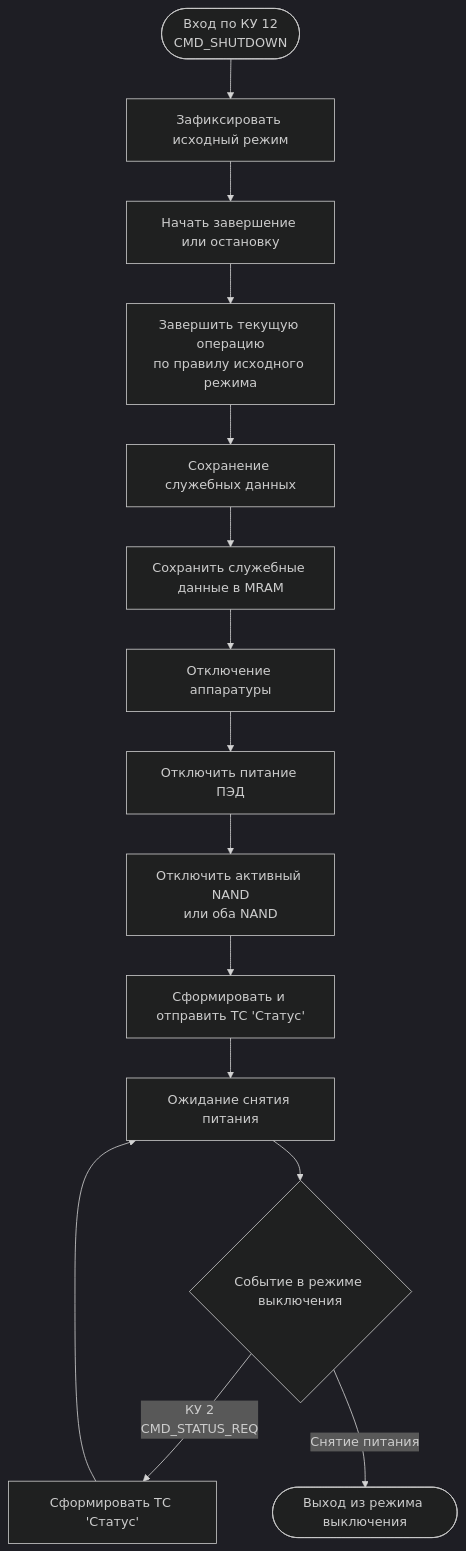
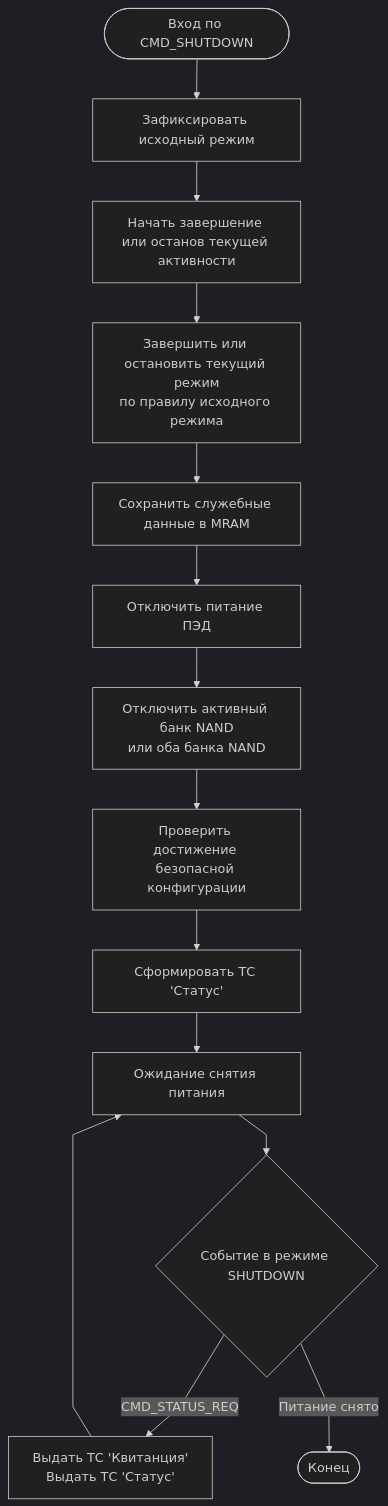
Before and after one commit to VaheVahanyan/NATALIA_Algorithm: the diagram in diagrams/shutdown_mode.mmd, drawn with Mermaid (dark theme). The commit also changed 20 other files, not shown here.

```diff
--- a/diagrams/shutdown_mode.mmd
+++ b/diagrams/shutdown_mode.mmd
@@ -1,18 +1,18 @@
+%%{init: {'flowchart': {'curve': 'linear'}}}%%
 flowchart TD
-    A([Вход по КУ 12<br/>CMD_SHUTDOWN]) --> B[Зафиксировать исходный режим]
-    B --> C[Начать завершение или остановку]
-    C --> D["Завершить текущую операцию<br/>по правилу исходного режима"]
-    D --> E[Сохранение служебных данных]
-    E --> F["Сохранить служебные данные в MRAM"]
-    F --> G[Отключение аппаратуры]
-    G --> H[Отключить питание ПЭД]
-    H --> I["Отключить активный NAND<br/>или оба NAND"]
-    I --> J["Сформировать и отправить ТС 'Статус'"]
-    J --> K[Ожидание снятия питания]
+    A([Вход по CMD_SHUTDOWN]) --> B[Зафиксировать исходный режим]
+    B --> C[Начать завершение или останов текущей активности]
+    C --> D["Завершить или остановить текущий режим<br/>по правилу исходного режима"]
+    D --> E[Сохранить служебные данные в MRAM]
+    E --> F[Отключить питание ПЭД]
+    F --> G["Отключить активный банк NAND<br/>или оба банка NAND"]
+    G --> H[Проверить достижение безопасной конфигурации]
+    H --> I["Сформировать ТС 'Статус'"]
+    I --> J[Ожидание снятия питания]
 
-    K --> L{"Событие в режиме выключения"}
+    J --> K{"Событие в режиме SHUTDOWN"}
 
-    L -- "КУ 2<br/>CMD_STATUS_REQ" --> M[Сформировать ТС 'Статус']
-    L -- "Снятие питания" --> N([Выход из режима выключения])
+    K -- "CMD_STATUS_REQ" --> L["Выдать ТС 'Квитанция'<br/>Выдать ТС 'Статус'"]
+    K -- "Питание снято" --> M([Конец])
 
-    M --> K
+    L --> J
```
